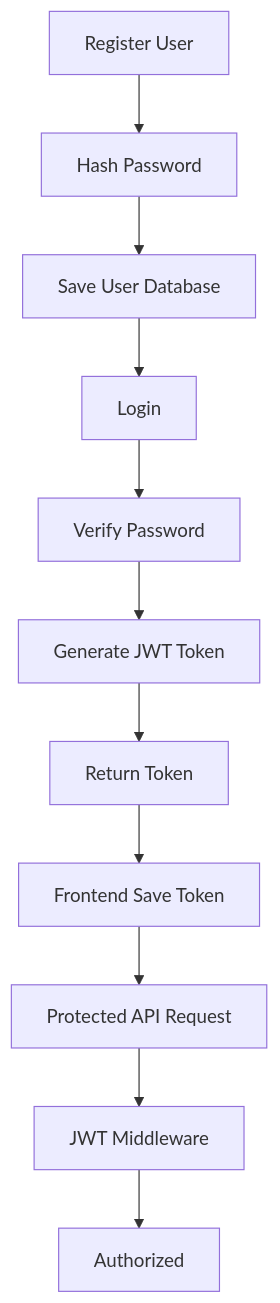
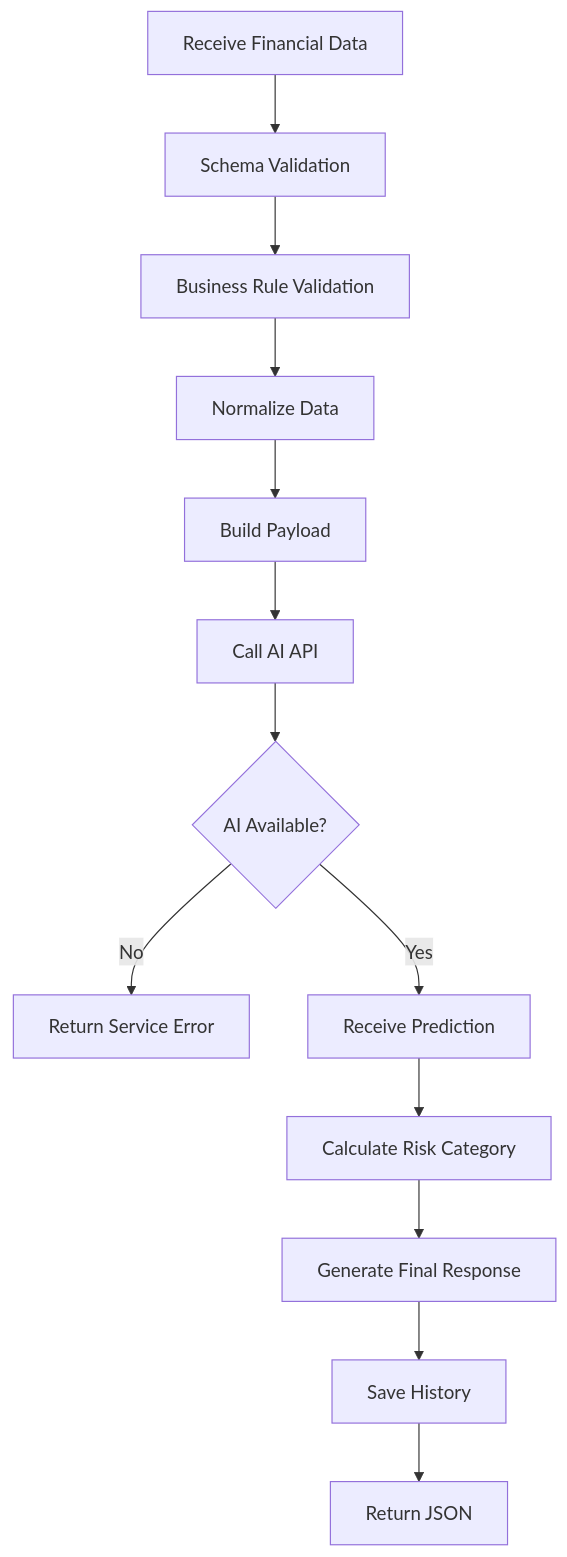
Before and after one commit to yuda-07/Captone-Project: the fourth of 8 diagrams in Backend/readmi.md, drawn with Mermaid. The commit also changed other lines of this file, not shown here.

````diff
--- a/Backend/readmi.md
+++ b/Backend/readmi.md
@@ -167,24 +164,29 @@
 ```mermaid
 flowchart TD
 
-A[Register User]
---> B[Hash Password]
+A[Receive Financial Data]
 
-B --> C[Save User Database]
+A --> B[Schema Validation]
 
-C --> D[Login]
+B --> C[Business Rule Validation]
 
-D --> E[Verify Password]
+C --> D[Normalize Data]
 
-E --> F[Generate JWT Token]
+D --> E[Build Payload]
 
-F --> G[Return Token]
+E --> F[Call AI API]
 
-G --> H[Frontend Save Token]
+F --> G{AI Available?}
 
-H --> I[Protected API Request]
+G -->|No| H[Return Service Error]
 
-I --> J[JWT Middleware]
+G -->|Yes| I[Receive Prediction]
 
-J --> K[Authorized]
+I --> J[Calculate Risk Category]
+
+J --> K[Generate Final Response]
+
+K --> L[Save History]
+
+L --> M[Return JSON]
 ```
````
